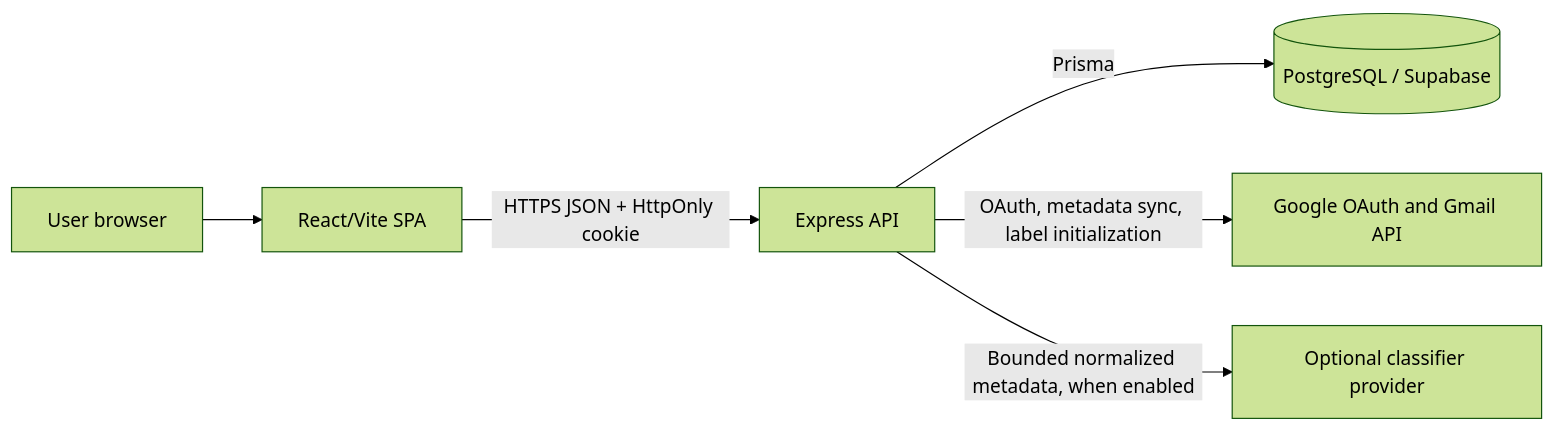
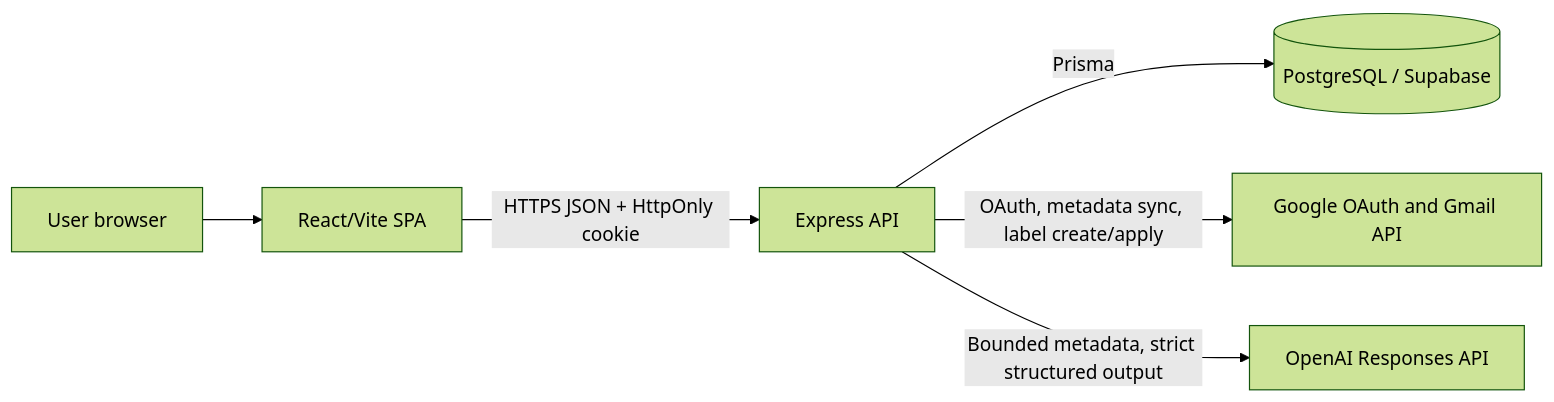
The first of 4 diagrams in docs/architecture.md (Asongwelewis/AI-email-organizer-for-gmail), drawn with Mermaid (forest theme) before and after one commit. The commit also changed other lines of this file and 36 other files, not shown here.

````diff
--- a/docs/architecture.md
+++ b/docs/architecture.md
@@ -21,15 +22,15 @@
 ```mermaid
 flowchart LR
     U[User browser]
     W[React/Vite SPA]
     A[Express API]
     P[(PostgreSQL / Supabase)]
     G[Google OAuth and Gmail API]
-    C[Optional classifier provider]
+    C[OpenAI Responses API]
 
     U --> W
     W -->|HTTPS JSON + HttpOnly cookie| A
     A -->|Prisma| P
-    A -->|OAuth, metadata sync, label initialization| G
-    A -->|Bounded normalized metadata, when enabled| C
+    A -->|OAuth, metadata sync, label create/apply| G
+    A -->|Bounded metadata, strict structured output| C
 ```
````
